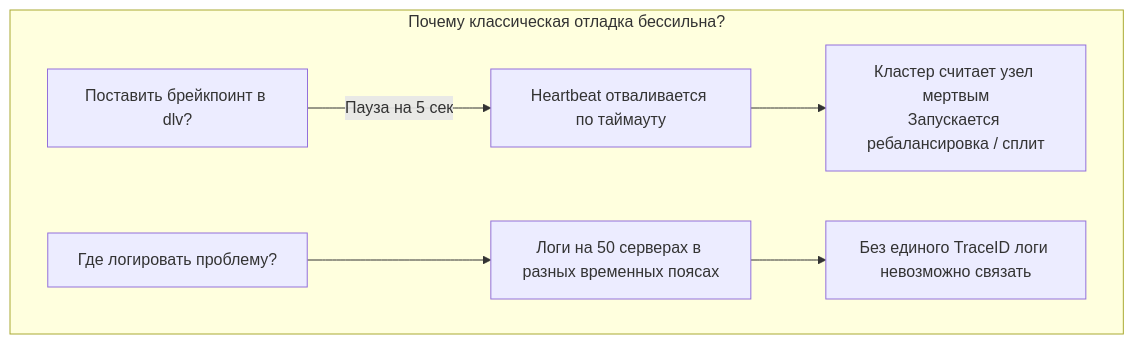
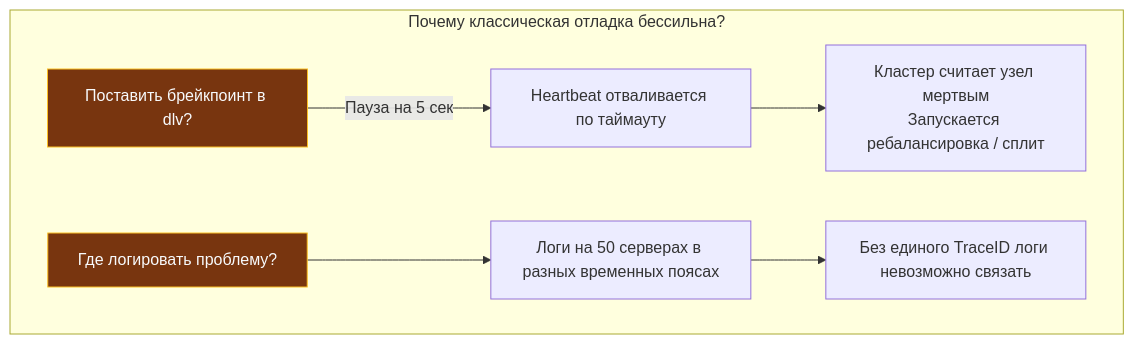
Before and after one commit to UnrealTemplier/go-textbook: the third of 4 diagrams in sources/14. Распределенные системы на Go/01. Основы/2. Проблемы распределенных систем.md, drawn with Mermaid. The commit also changed other lines of this file and 1666 other files, not shown here.

First line of the commit message:
feat(mermaid): add semantic color classDef to 1369 colorless flowchart/graph diagrams

````diff
--- a/sources/14. Распределенные системы на Go/01. Основы/2. Проблемы распределенных систем.md
+++ b/sources/14. Распределенные системы на Go/01. Основы/2. Проблемы распределенных систем.md
@@ -128,10 +148,20 @@
 ```mermaid
 flowchart TD
+    classDef process  fill:#1e293b,stroke:#38bdf8,stroke-width:1px,color:#f8fafc
+    classDef success  fill:#064e3b,stroke:#34d399,stroke-width:1px,color:#f8fafc
+    classDef error    fill:#7f1d1d,stroke:#f87171,stroke-width:1px,color:#f8fafc
+    classDef warning  fill:#78350f,stroke:#fbbf24,stroke-width:1px,color:#f8fafc
+    classDef entry    fill:#1e3a5f,stroke:#38bdf8,stroke-width:2px,color:#f8fafc
+    classDef aux      fill:#334155,stroke:#64748b,stroke-width:1px,color:#f8fafc
+    classDef system   fill:#312e81,stroke:#a78bfa,stroke-width:1px,color:#f8fafc
+    classDef data     fill:#132d29,stroke:#2dd4bf,stroke-width:1px,color:#f8fafc
+    classDef network  fill:#881337,stroke:#fb7185,stroke-width:1px,color:#f8fafc
+    classDef accent   fill:#1e1b4b,stroke:#818cf8,stroke-width:1px,color:#f8fafc
     subgraph "Почему классическая отладка бессильна?"
-        D1["Поставить брейкпоинт в dlv?"] -->|"Пауза на 5 сек"| D2["Heartbeat отваливается по таймауту"]
+        D1["Поставить брейкпоинт в dlv?"]:::warning -->|"Пауза на 5 сек"| D2["Heartbeat отваливается по таймауту"]
         D2 --> D3["Кластер считает узел мертвым<br>Запускается ребалансировка / сплит"]
         
-        L1["Где логировать проблему?"] --> L2["Логи на 50 серверах в разных временных поясах"]
+        L1["Где логировать проблему?"]:::warning --> L2["Логи на 50 серверах в разных временных поясах"]
         L2 --> L3["Без единого TraceID логи невозможно связать"]
     end
 ```
````
